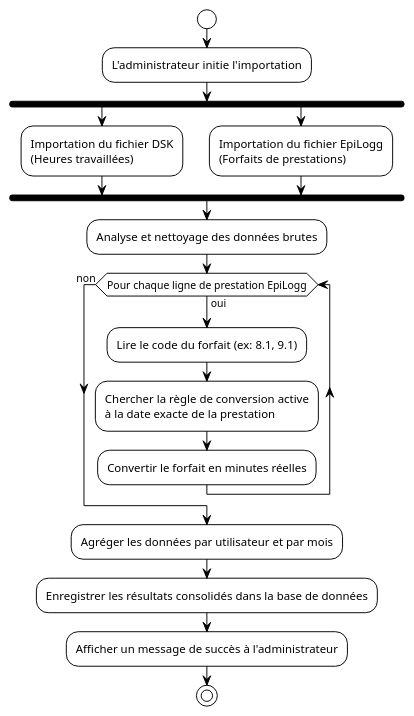
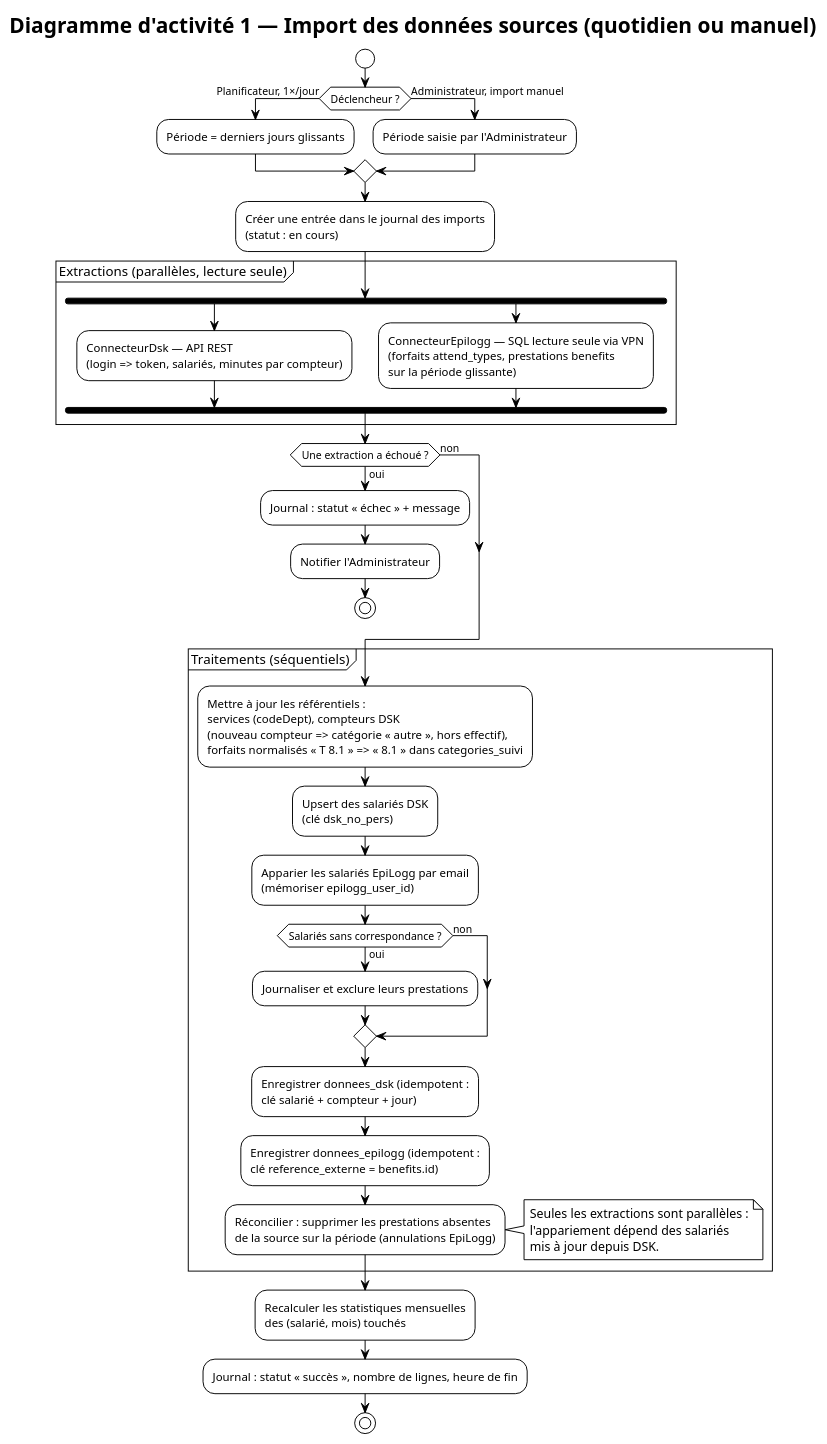
One commit to midjix/plantuml changed the diagram in diagrammes d'activité/diagramme_d'activité_1.md. Above: the diagram before and after it, drawn with PlantUML. The commit also changed 12 other files, not shown here.

First line of the commit message:
docs(uml): align diagrams with validated business rules and source access

````diff
--- a/diagrammes d'activité/diagramme_d'activité_1.md
+++ b/diagrammes d'activité/diagramme_d'activité_1.md
@@ -1,28 +1,55 @@
 ```plantuml
 @startuml
 !theme plain
 skinparam activityShape roundBox
+title Diagramme d'activité 1 — Import des données sources (quotidien ou manuel)
 
 start
-:L'administrateur initie l'importation;
-fork
-  :Importation du fichier DSK\n(Heures travaillées);
-fork again
-  :Importation du fichier EpiLogg\n(Forfaits de prestations);
-end fork
+if (Déclencheur ?) then (Planificateur, 1×/jour)
+  :Période = derniers jours glissants;
+else (Administrateur, import manuel)
+  :Période saisie par l'Administrateur;
+endif
 
-:Analyse et nettoyage des données brutes;
+:Créer une entrée dans le journal des imports\n(statut : en cours);
 
-while (Pour chaque ligne de prestation EpiLogg) is (oui)
-  :Lire le code du forfait (ex: 8.1, 9.1);
-  :Chercher la règle de conversion active\nà la date exacte de la prestation;
-  :Convertir le forfait en minutes réelles;
-endwhile (non)
+partition "Extractions (parallèles, lecture seule)" {
+  fork
+    :ConnecteurDsk — API REST\n(login => token, salariés, minutes par compteur);
+  fork again
+    :ConnecteurEpilogg — SQL lecture seule via VPN\n(forfaits attend_types, prestations benefits\nsur la période glissante);
+  end fork
+}
 
-:Agréger les données par utilisateur et par mois;
-:Enregistrer les résultats consolidés dans la base de données;
-:Afficher un message de succès à l'administrateur;
+if (Une extraction a échoué ?) then (oui)
+  :Journal : statut « échec » + message;
+  :Notifier l'Administrateur;
+  stop
+else (non)
+endif
+
+partition "Traitements (séquentiels)" {
+  :Mettre à jour les référentiels :\nservices (codeDept), compteurs DSK\n(nouveau compteur => catégorie « autre », hors effectif),\nforfaits normalisés « T 8.1 » => « 8.1 » dans categories_suivi;
+  :Upsert des salariés DSK\n(clé dsk_no_pers);
+  :Apparier les salariés EpiLogg par email\n(mémoriser epilogg_user_id);
+  if (Salariés sans correspondance ?) then (oui)
+    :Journaliser et exclure leurs prestations;
+  else (non)
+  endif
+  :Enregistrer donnees_dsk (idempotent :\nclé salarié + compteur + jour);
+  :Enregistrer donnees_epilogg (idempotent :\nclé reference_externe = benefits.id);
+  :Réconcilier : supprimer les prestations absentes\nde la source sur la période (annulations EpiLogg);
+}
+
+note right
+  Seules les extractions sont parallèles :
+  l'appariement dépend des salariés
+  mis à jour depuis DSK.
+end note
+
+:Recalculer les statistiques mensuelles\ndes (salarié, mois) touchés;
+:Journal : statut « succès », nombre de lignes, heure de fin;
 
 stop
 @enduml
 ```
````
